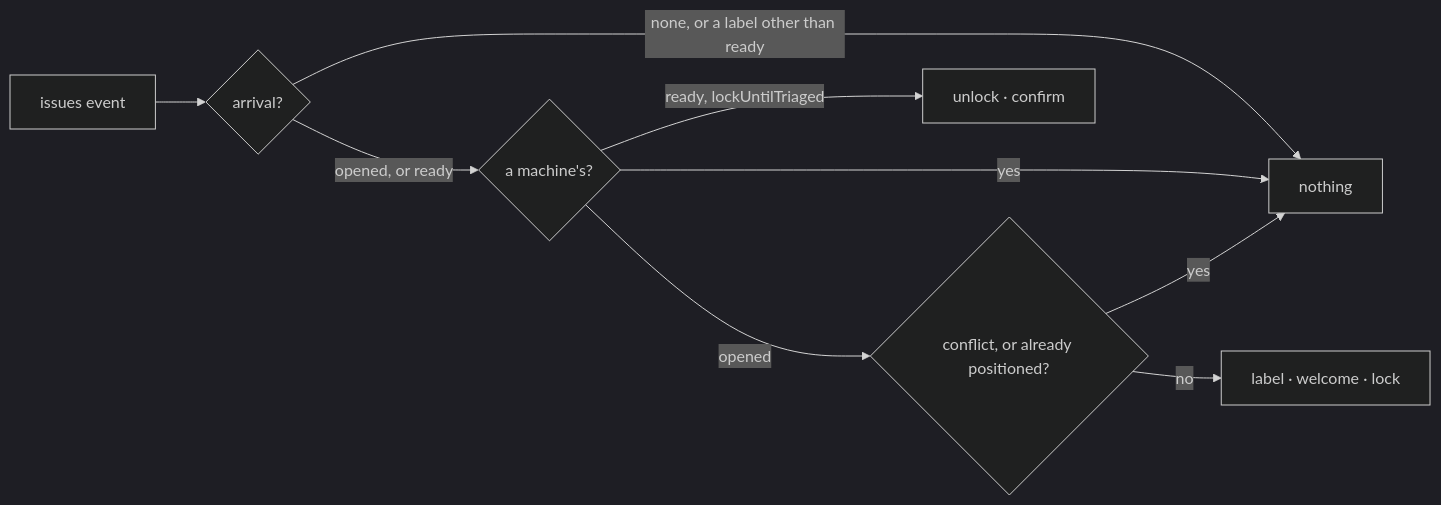
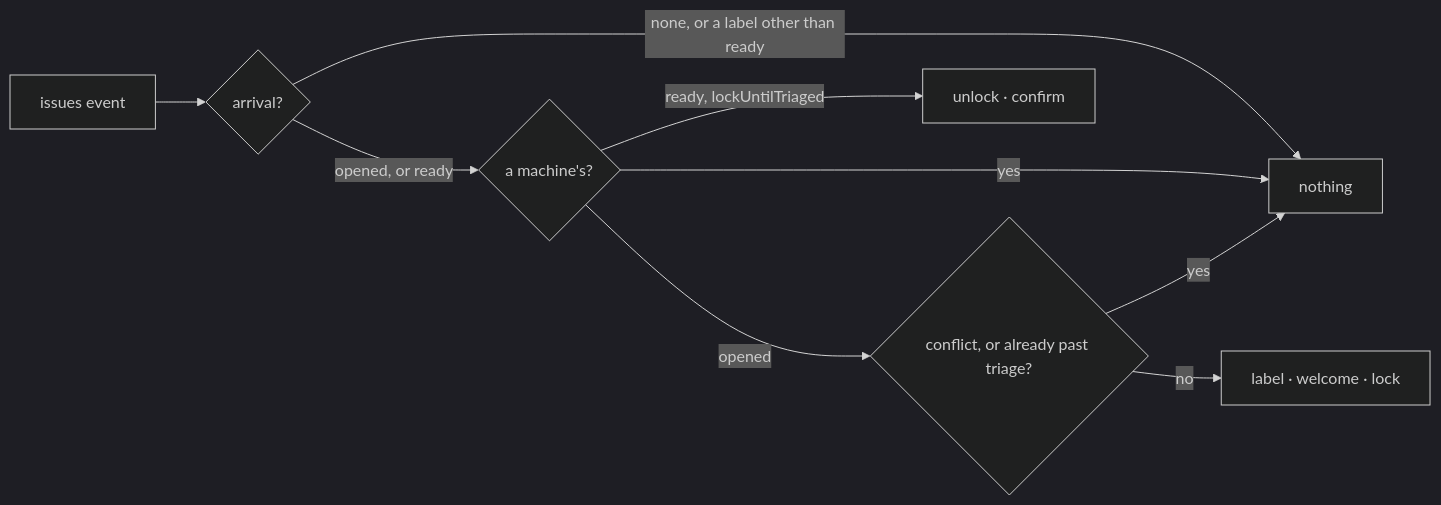
The diagram in packages/capabilities/src/triageQueue/design.md (cheese-cakee/sdk-automations), drawn with Mermaid (dark theme) before and after one commit. The commit also changed other lines of this file and 2 other files, not shown here.

First line of the commit message:
feat(triageQueue): a template-applied triage label is still at the gate

````diff
--- a/packages/capabilities/src/triageQueue/design.md
+++ b/packages/capabilities/src/triageQueue/design.md
@@ -100,11 +100,11 @@
 ```mermaid
 flowchart LR
     E["issues event"] --> A{"arrival?"}
     A -->|"none, or a label other than ready"| N["nothing"]
     A -->|"opened, or ready"| B{"a machine's?"}
     B -->|yes| N
-    B -->|"opened"| C{"conflict, or already positioned?"}
+    B -->|"opened"| C{"conflict, or already past triage?"}
     C -->|yes| N
     C -->|no| O["label · welcome · lock"]
     B -->|"ready, lockUntilTriaged"| R["unlock · confirm"]
 ```
````
